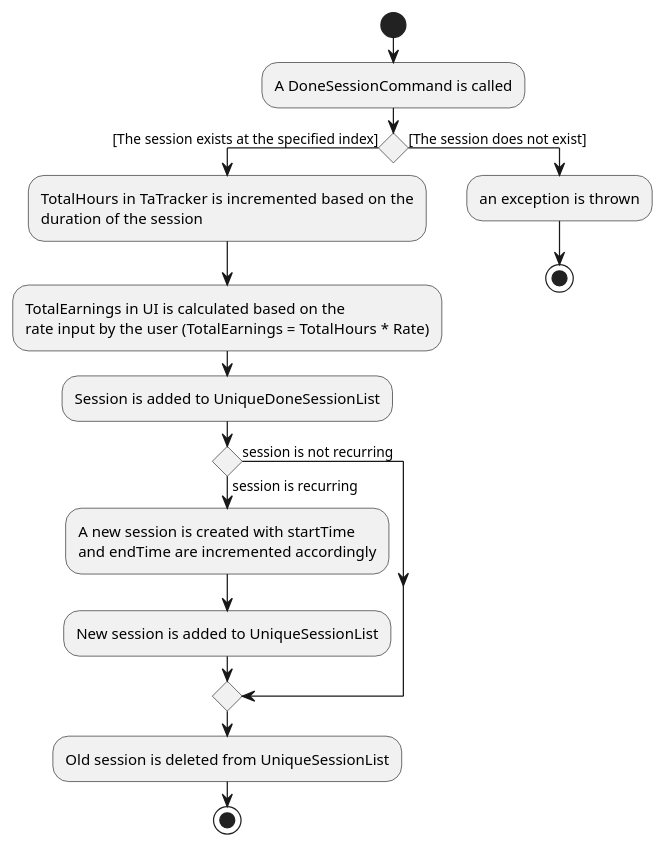
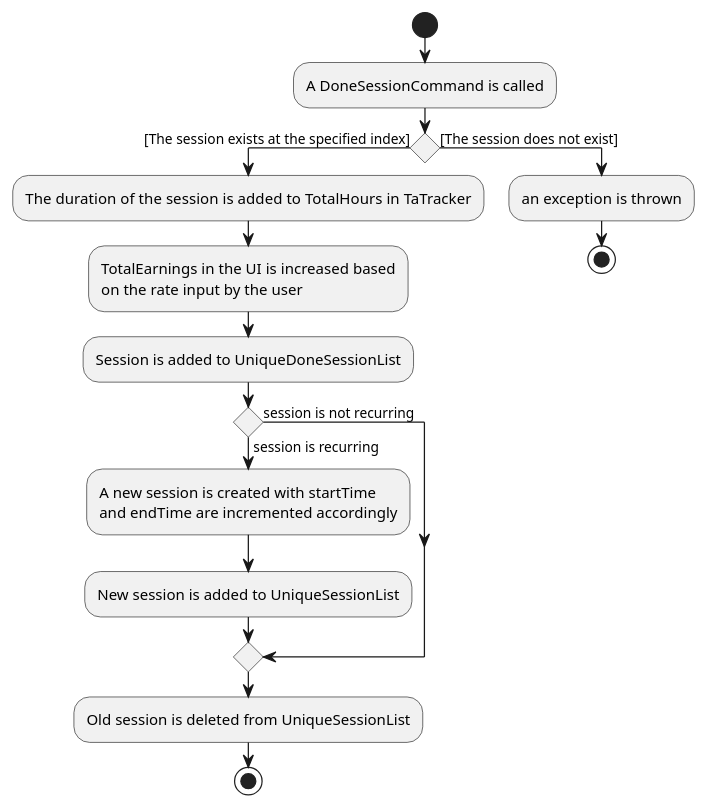
One commit to nus-cs2103-AY1920S2/addressbook-level3 changed the diagram in docs/diagrams/tss-view/TssActivityDiagram.puml. Above: the diagram before and after it, drawn with PlantUML.

Commit message:
Update tss activity diagram

```diff
--- a/docs/diagrams/tss-view/TssActivityDiagram.puml
+++ b/docs/diagrams/tss-view/TssActivityDiagram.puml
@@ -1,26 +1,25 @@
 @startuml
 start
 :A DoneSessionCommand is called;
 
 if () then ([The session exists at the specified index])
-  :TotalHours in TaTracker is incremented based on the
-  duration of the session;
-  :TotalEarnings in UI is calculated based on the
-  rate input by the user (TotalEarnings = TotalHours * Rate);
+  :The duration of the session is added to TotalHours in TaTracker;
+  :TotalEarnings in the UI is increased based
+  on the rate input by the user;
   :Session is added to UniqueDoneSessionList;
 
   if () then (session is recurring)
     :A new session is created with startTime
     and endTime are incremented accordingly;
     :New session is added to UniqueSessionList;
 
     else (session is not recurring)
 endif
     :Old session is deleted from UniqueSessionList;
 
     stop
 
 else([The session does not exist])
   :an exception is thrown;
 stop
 @enduml
```
